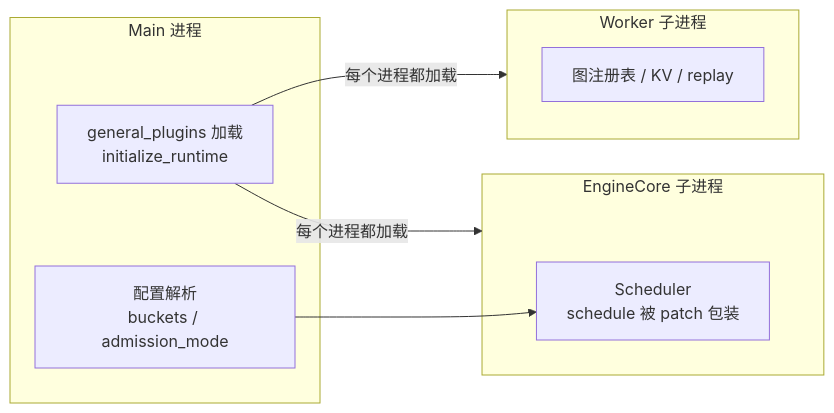
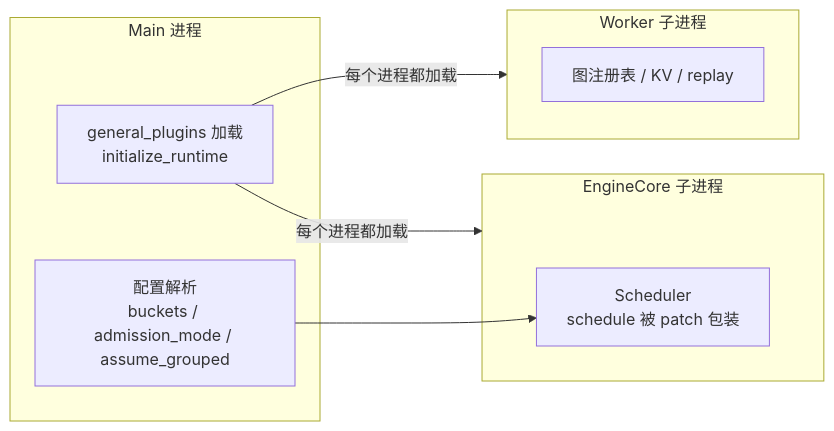
Before and after one commit to ZhiYunpenghuawei/p1: the third of 9 diagrams in scheduler_plugin_architecture.md, drawn with Mermaid. The commit also changed other lines of this file, not shown here.

````diff
--- a/scheduler_plugin_architecture.md
+++ b/scheduler_plugin_architecture.md
@@ -171,17 +171,17 @@
 ```mermaid
 flowchart LR
     subgraph MAIN["Main 进程"]
         PLUGIN[general_plugins 加载<br>initialize_runtime]
-        CFG[配置解析<br>buckets / admission_mode]
+        CFG[配置解析<br>buckets / admission_mode / assume_grouped]
     end
     subgraph EC["EngineCore 子进程"]
         SCH2[Scheduler<br>schedule 被 patch 包装]
     end
     subgraph WK["Worker 子进程"]
         WR[图注册表 / KV / replay]
     end
 
     PLUGIN -->|每个进程都加载| EC
     PLUGIN -->|每个进程都加载| WK
     CFG --> SCH2
 ```
````
